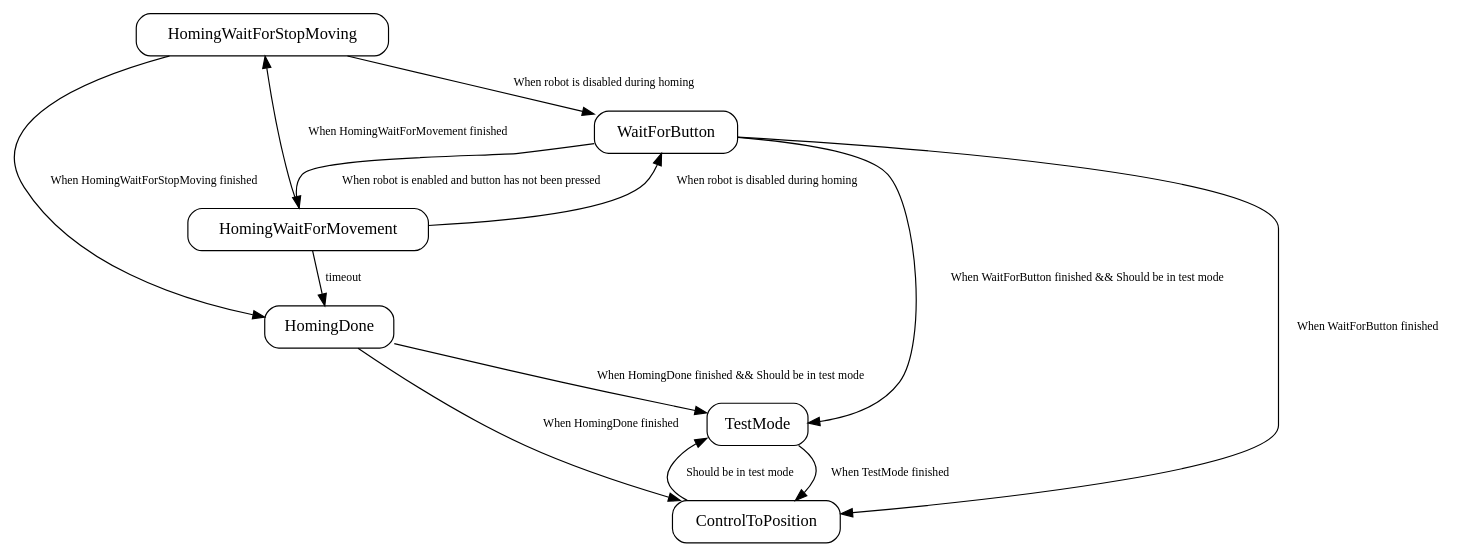
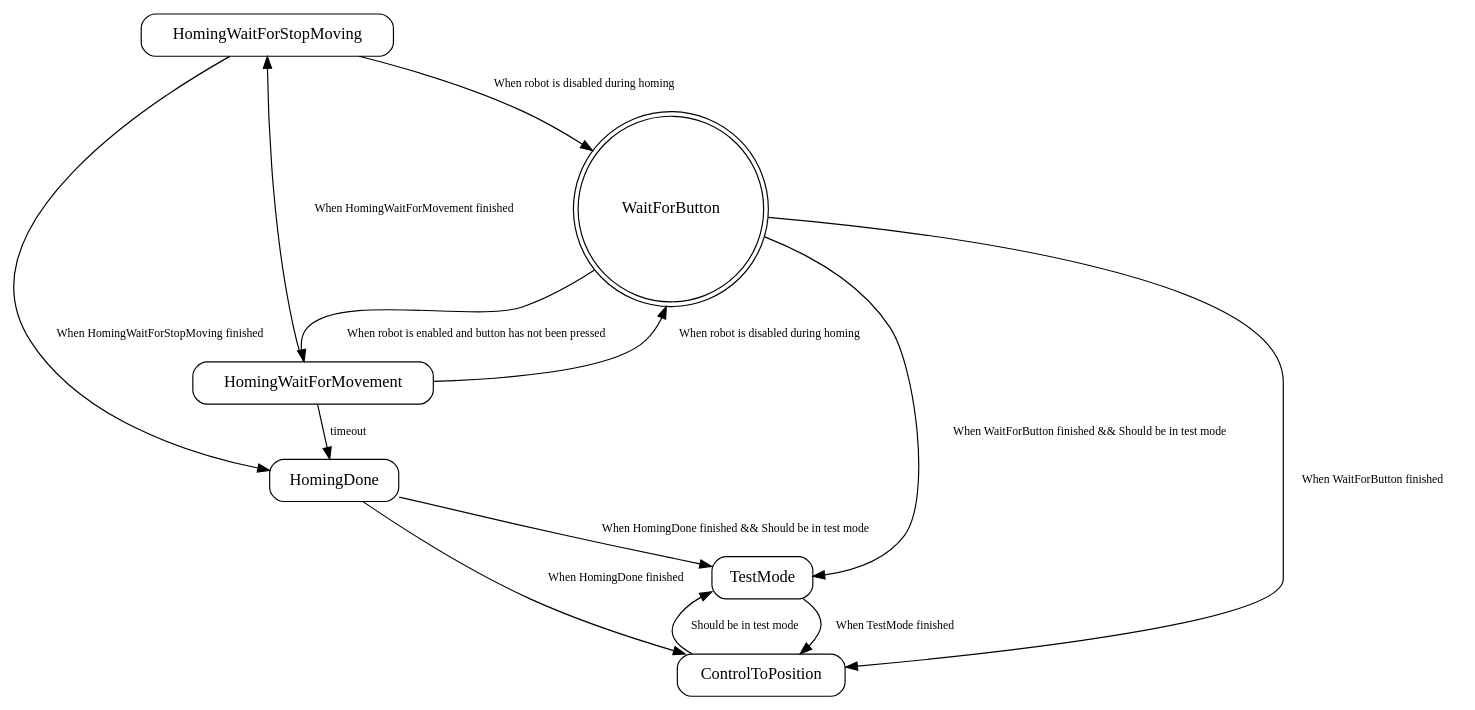
One commit to team401/2026-Robot-Code changed the diagram in state_machine_graphs/intake.dot. Above: the diagram before and after it, drawn with Graphviz. The commit also changed 2 other files, not shown here.

```diff
--- a/state_machine_graphs/intake.dot
+++ b/state_machine_graphs/intake.dot
@@ -1,44 +1,44 @@
 digraph {
 
   // Graphviz Format settings
 
   node [
     shape=box,
     style=rounded
   ];
 
   edge [
     fontsize=10
   ];
 
 
   // States
 
   HomingWaitForStopMoving ;
-  WaitForButton ;
+  WaitForButton [shape=doublecircle];
   TestMode ;
   ControlToPosition ;
   HomingWaitForMovement ;
   HomingDone ;
 
   // Transitions
 
   HomingWaitForStopMoving -> WaitForButton [label="When robot is disabled during homing"];
   HomingWaitForStopMoving -> HomingDone [label="When HomingWaitForStopMoving finished"];
 
   WaitForButton -> TestMode [label="When WaitForButton finished && Should be in test mode"];
   WaitForButton -> ControlToPosition [label="When WaitForButton finished"];
   WaitForButton -> HomingWaitForMovement [label="When robot is enabled and button has not been pressed"];
 
   TestMode -> ControlToPosition [label="When TestMode finished"];
 
   ControlToPosition -> TestMode [label="Should be in test mode"];
 
   HomingWaitForMovement -> WaitForButton [label="When robot is disabled during homing"];
   HomingWaitForMovement -> HomingWaitForStopMoving [label="When HomingWaitForMovement finished"];
   HomingWaitForMovement -> HomingDone [label="timeout"];
 
   HomingDone -> TestMode [label="When HomingDone finished && Should be in test mode"];
   HomingDone -> ControlToPosition [label="When HomingDone finished"];
 
 }
```
